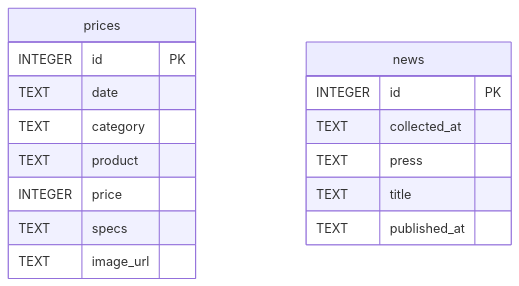
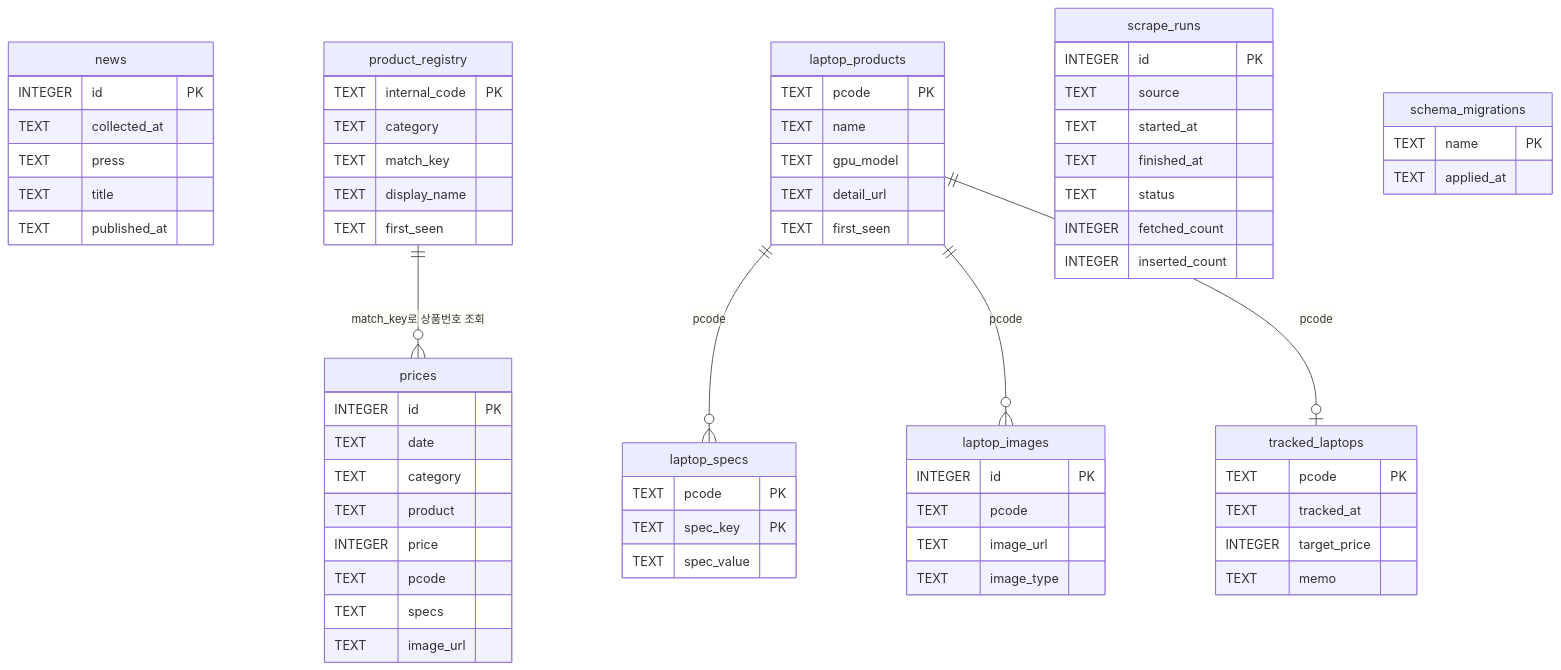
One commit to kwsahe/market-pulse changed the fourth of 6 diagrams in screenshots/ARCHITECTURE.md. Above: the diagram before and after it, drawn with Mermaid. The commit also changed other lines of this file and 10 other files, not shown here.

First line of the commit message:
feat: CI 워크플로 추가 + 아키텍처 다이어그램 개선 + 대표 로고 제작/적용

````diff
--- a/screenshots/ARCHITECTURE.md
+++ b/screenshots/ARCHITECTURE.md
@@ -146,20 +163,77 @@
 ```mermaid
 erDiagram
     prices {
         INTEGER id PK
         TEXT date
         TEXT category
         TEXT product
         INTEGER price
+        TEXT pcode
         TEXT specs
         TEXT image_url
     }
 
     news {
         INTEGER id PK
         TEXT collected_at
         TEXT press
         TEXT title
         TEXT published_at
     }
+
+    product_registry {
+        TEXT internal_code PK
+        TEXT category
+        TEXT match_key
+        TEXT display_name
+        TEXT first_seen
+    }
+
+    laptop_products {
+        TEXT pcode PK
+        TEXT name
+        TEXT gpu_model
+        TEXT detail_url
+        TEXT first_seen
+    }
+
+    laptop_specs {
+        TEXT pcode PK
+        TEXT spec_key PK
+        TEXT spec_value
+    }
+
+    laptop_images {
+        INTEGER id PK
+        TEXT pcode
+        TEXT image_url
+        TEXT image_type
+    }
+
+    tracked_laptops {
+        TEXT pcode PK
+        TEXT tracked_at
+        INTEGER target_price
+        TEXT memo
+    }
+
+    scrape_runs {
+        INTEGER id PK
+        TEXT source
+        TEXT started_at
+        TEXT finished_at
+        TEXT status
+        INTEGER fetched_count
+        INTEGER inserted_count
+    }
+
+    schema_migrations {
+        TEXT name PK
+        TEXT applied_at
+    }
+
+    product_registry ||--o{ prices : "match_key로 상품번호 조회"
+    laptop_products ||--o{ laptop_specs : "pcode"
+    laptop_products ||--o{ laptop_images : "pcode"
+    laptop_products ||--o| tracked_laptops : "pcode"
 ```
````
